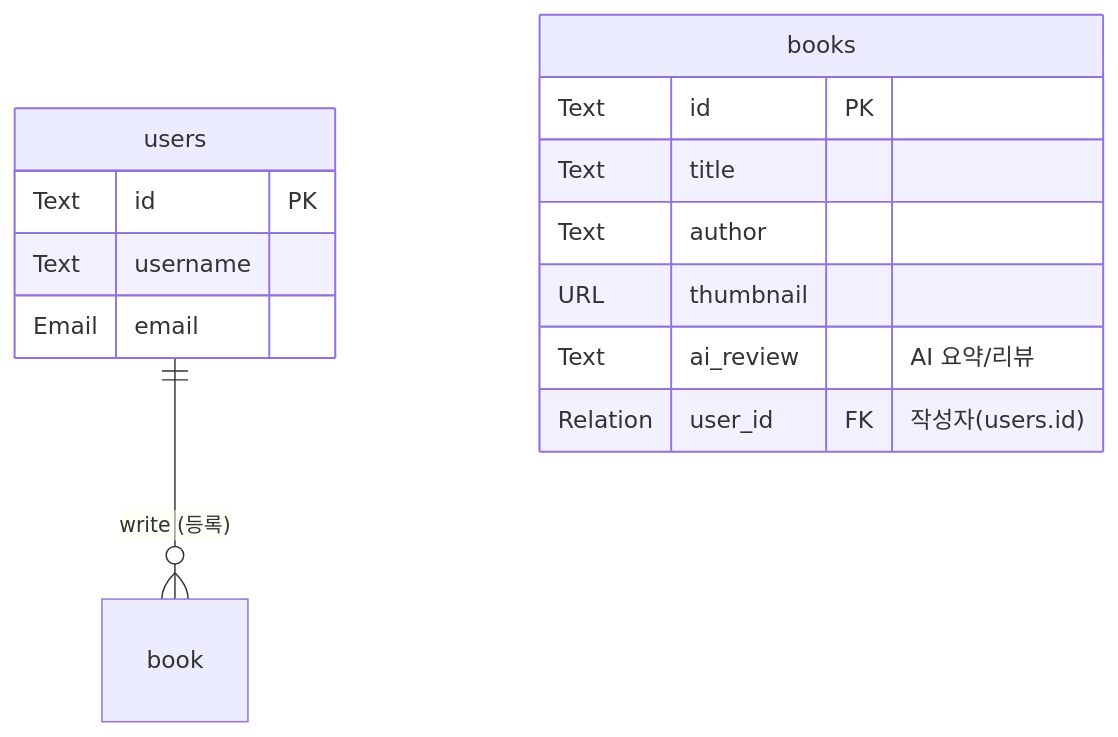
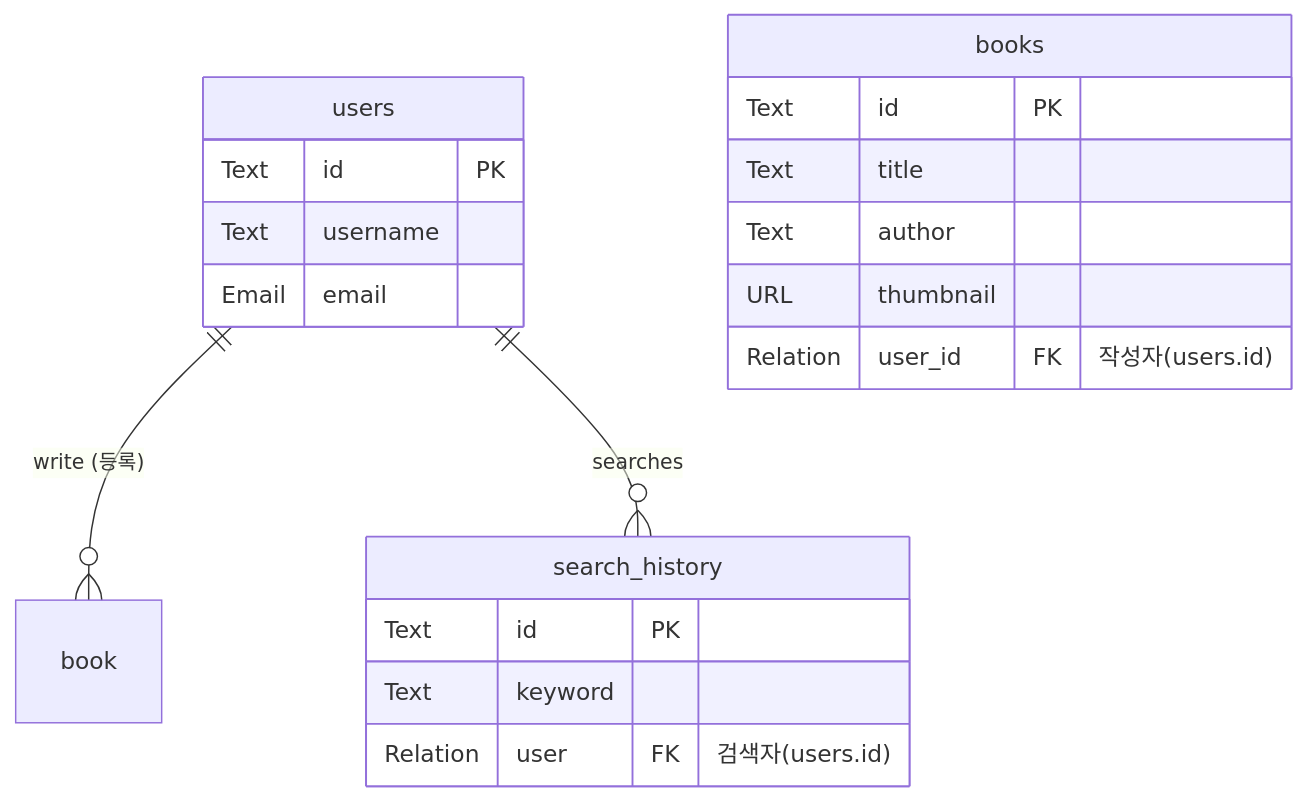
Before and after one commit to Jonghyeon-Bae/library-mini-project4: the diagram in docs/schema.md, drawn with Mermaid. The commit also changed other lines of this file and 7 other files, not shown here.

````diff
--- a/docs/schema.md
+++ b/docs/schema.md
@@ -59,19 +70,25 @@
 ```mermaid
 erDiagram
     users ||--o{ book : "write (등록)"
+    users ||--o{ search_history : "searches"
 
     users {
         Text id PK
         Text username
         Email email
     }
 
     books {
         Text id PK
         Text title
         Text author
         URL thumbnail
-        Text ai_review "AI 요약/리뷰"
         Relation user_id FK "작성자(users.id)"
     }
+    
+    search_history {
+        Text id PK
+        Text keyword
+        Relation user FK "검색자(users.id)"
+    }
 ```
````
